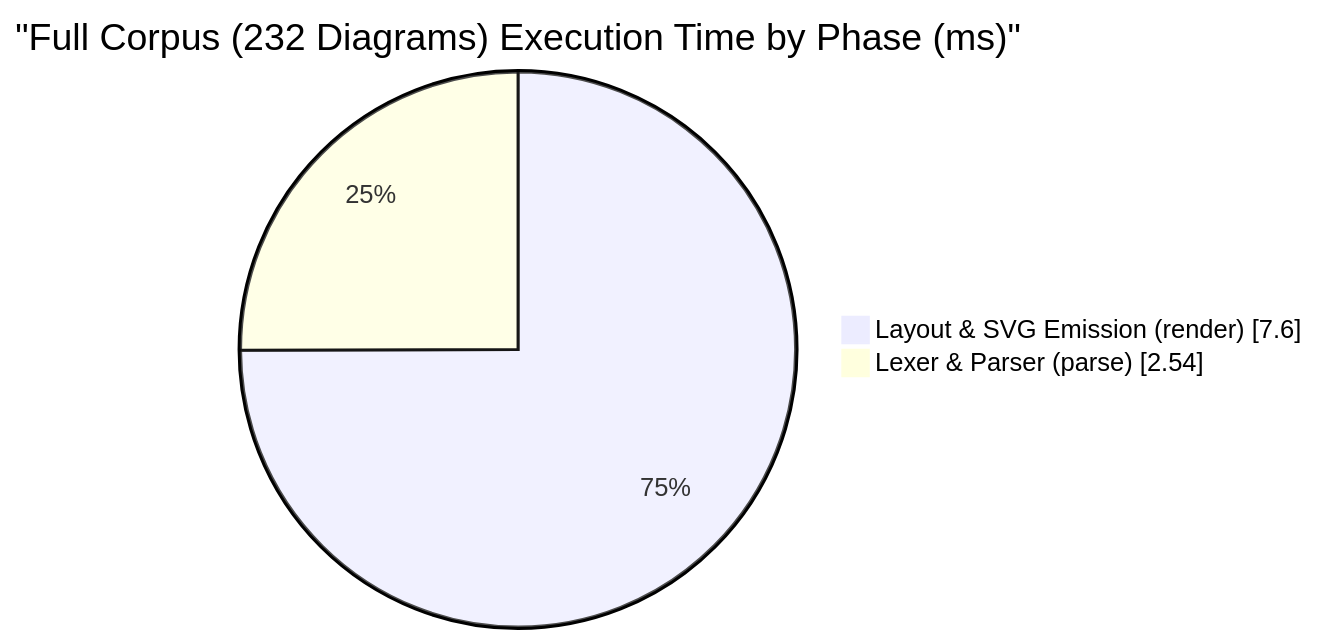
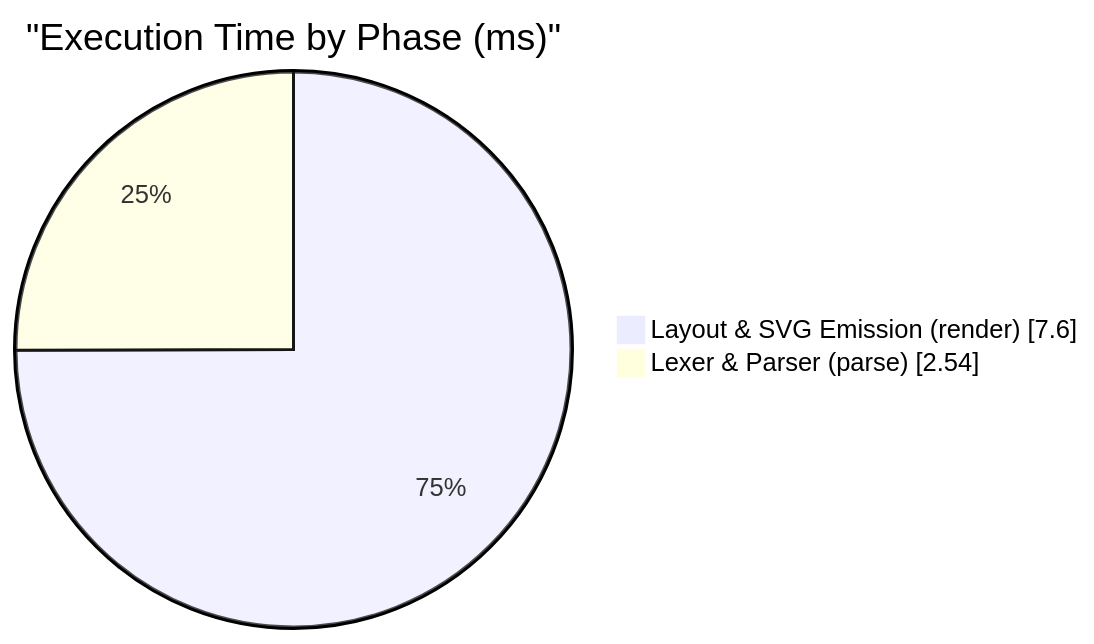
Before and after one commit to tkinnis/pele_dart: the third of 3 diagrams in doc/BENCHMARKS.md, drawn with Mermaid. The commit also changed other lines of this file and 14 other files, not shown here.

Commit message:
docs(benchmarks): add hardware/load metadata, shorten chart titles, and remove hardcoded family counts

````diff
--- a/doc/BENCHMARKS.md
+++ b/doc/BENCHMARKS.md
@@ -59,6 +69,6 @@
 ```mermaid
 pie showData
-  title "Full Corpus (232 Diagrams) Execution Time by Phase (ms)"
+  title "Execution Time by Phase (ms)"
   "Layout & SVG Emission (render)" : 7.60
   "Lexer & Parser (parse)" : 2.54
 ```
````
